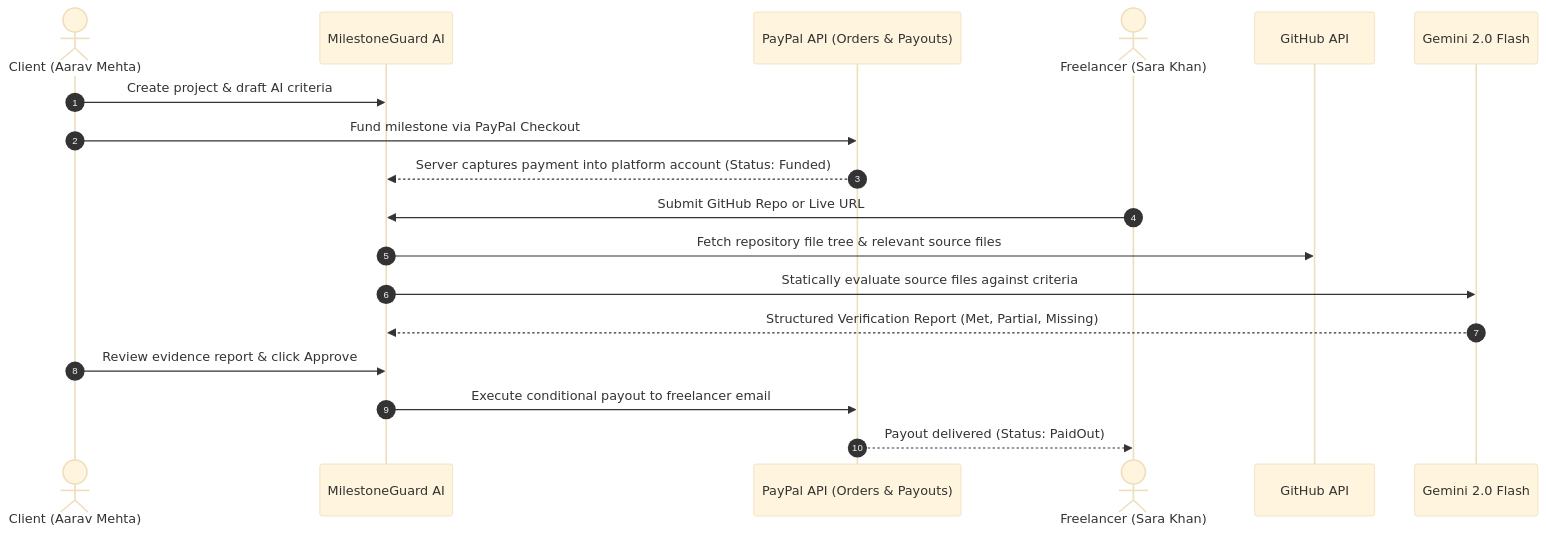
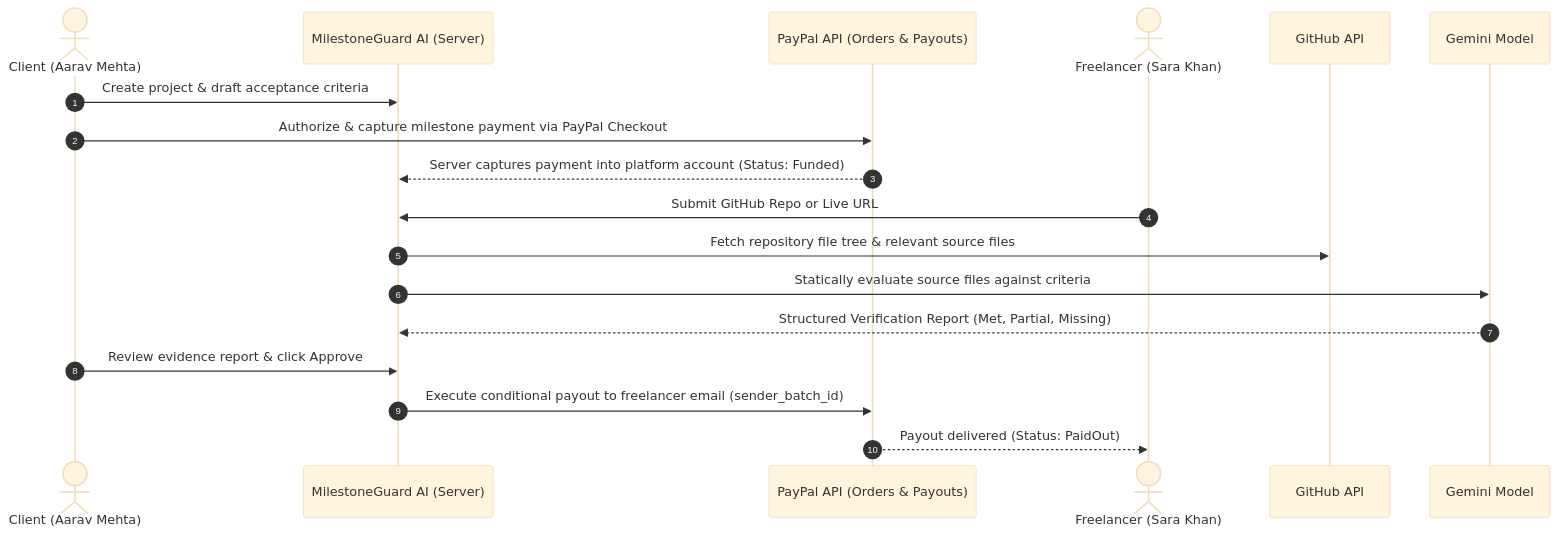
Before and after one commit to anishagrawal25/milestoneguard-ai: the diagram in README.md, drawn with Mermaid (base theme). The commit also changed other lines of this file and 3 other files, not shown here.

Commit message:
docs(qa): expand state-machine and schema test suites, update audit resolutions and architecture docs

````diff
--- a/README.md
+++ b/README.md
@@ -32,21 +34,21 @@
 ```mermaid
 sequenceDiagram
     autonumber
     actor Client as Client (Aarav Mehta)
-    participant MG as MilestoneGuard AI
+    participant MG as MilestoneGuard AI (Server)
     participant PP as PayPal API (Orders & Payouts)
     actor Freelancer as Freelancer (Sara Khan)
     participant GH as GitHub API
-    participant AI as Gemini 2.0 Flash
+    participant AI as Gemini Model
 
-    Client->>MG: Create project & draft AI criteria
-    Client->>PP: Fund milestone via PayPal Checkout
+    Client->>MG: Create project & draft acceptance criteria
+    Client->>PP: Authorize & capture milestone payment via PayPal Checkout
     PP-->>MG: Server captures payment into platform account (Status: Funded)
     Freelancer->>MG: Submit GitHub Repo or Live URL
     MG->>GH: Fetch repository file tree & relevant source files
     MG->>AI: Statically evaluate source files against criteria
     AI-->>MG: Structured Verification Report (Met, Partial, Missing)
     Client->>MG: Review evidence report & click Approve
-    MG->>PP: Execute conditional payout to freelancer email
+    MG->>PP: Execute conditional payout to freelancer email (sender_batch_id)
     PP-->>Freelancer: Payout delivered (Status: PaidOut)
 ```
````
